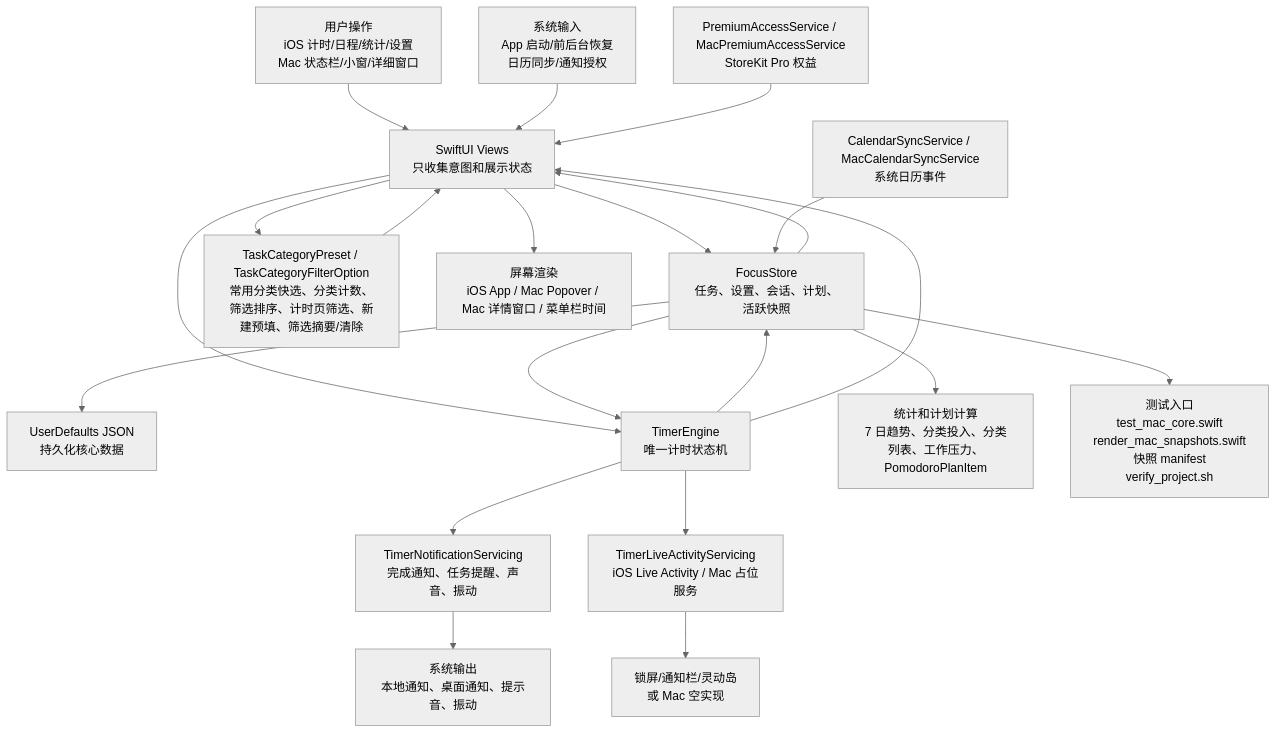
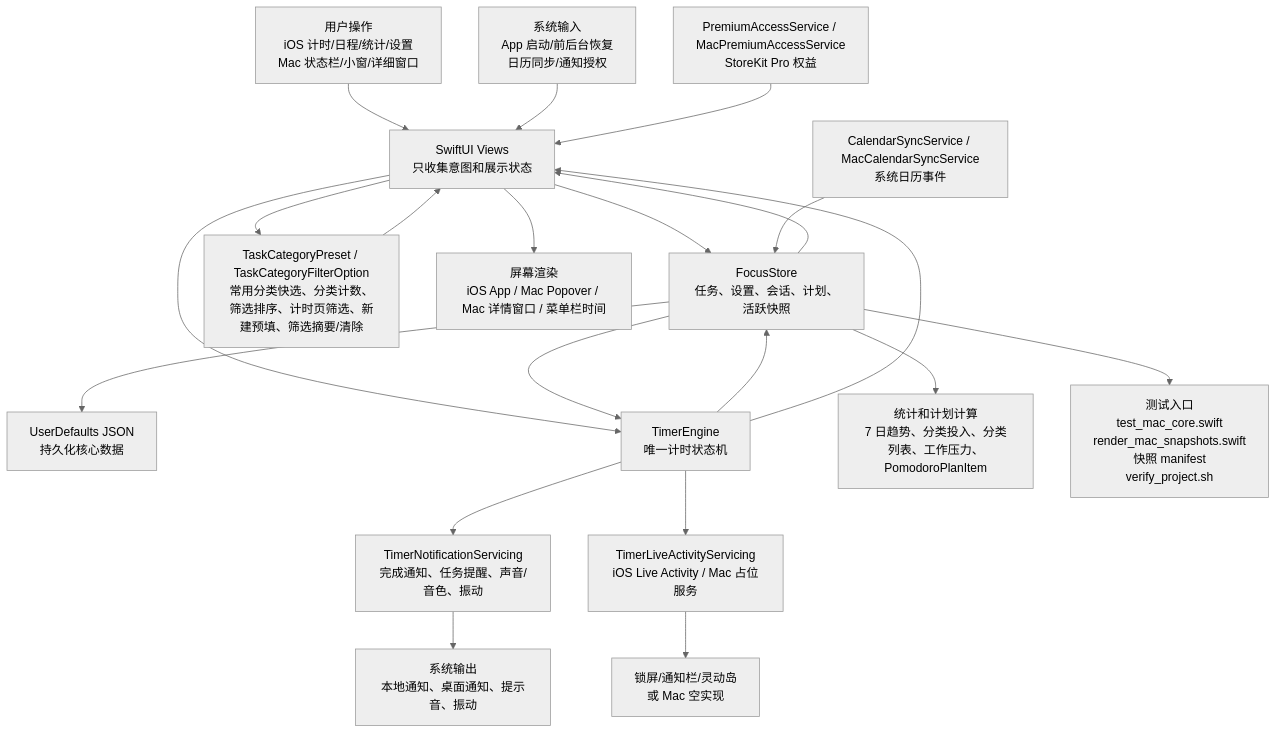
The first of 6 diagrams in md/flow/flowchart.md (Altman-sam114/114), drawn with Mermaid (neutral theme) before and after one commit. The commit also changed other lines of this file and 9 other files, not shown here.

````diff
--- a/md/flow/flowchart.md
+++ b/md/flow/flowchart.md
@@ -9,23 +9,23 @@
 ```mermaid
 flowchart TD
   U["用户操作<br/>iOS 计时/日程/统计/设置<br/>Mac 状态栏/小窗/详细窗口"] --> V["SwiftUI Views<br/>只收集意图和展示状态"]
   SYS["系统输入<br/>App 启动/前后台恢复<br/>日历同步/通知授权"] --> V
   V --> S["FocusStore<br/>任务、设置、会话、计划、活跃快照"]
   V --> CAT["TaskCategoryPreset / TaskCategoryFilterOption<br/>常用分类快选、分类计数、筛选排序、计时页筛选、新建预填、筛选摘要/清除"]
   CAT --> V
   S --> P["UserDefaults JSON<br/>持久化核心数据"]
   V --> E["TimerEngine<br/>唯一计时状态机"]
   S --> E
   E --> S
-  E --> N["TimerNotificationServicing<br/>完成通知、任务提醒、声音、振动"]
+  E --> N["TimerNotificationServicing<br/>完成通知、任务提醒、声音/音色、振动"]
   E --> L["TimerLiveActivityServicing<br/>iOS Live Activity / Mac 占位服务"]
   S --> C["统计和计划计算<br/>7 日趋势、分类投入、分类列表、工作压力、PomodoroPlanItem"]
   CAL["CalendarSyncService / MacCalendarSyncService<br/>系统日历事件"] --> S
   PRO["PremiumAccessService / MacPremiumAccessService<br/>StoreKit Pro 权益"] --> V
   S --> V
   E --> V
   V --> OUT["屏幕渲染<br/>iOS App / Mac Popover / Mac 详情窗口 / 菜单栏时间"]
   N --> OUT2["系统输出<br/>本地通知、桌面通知、提示音、振动"]
   L --> OUT3["锁屏/通知栏/灵动岛<br/>或 Mac 空实现"]
   S --> T["测试入口<br/>test_mac_core.swift<br/>render_mac_snapshots.swift<br/>快照 manifest<br/>verify_project.sh"]
 ```
````
